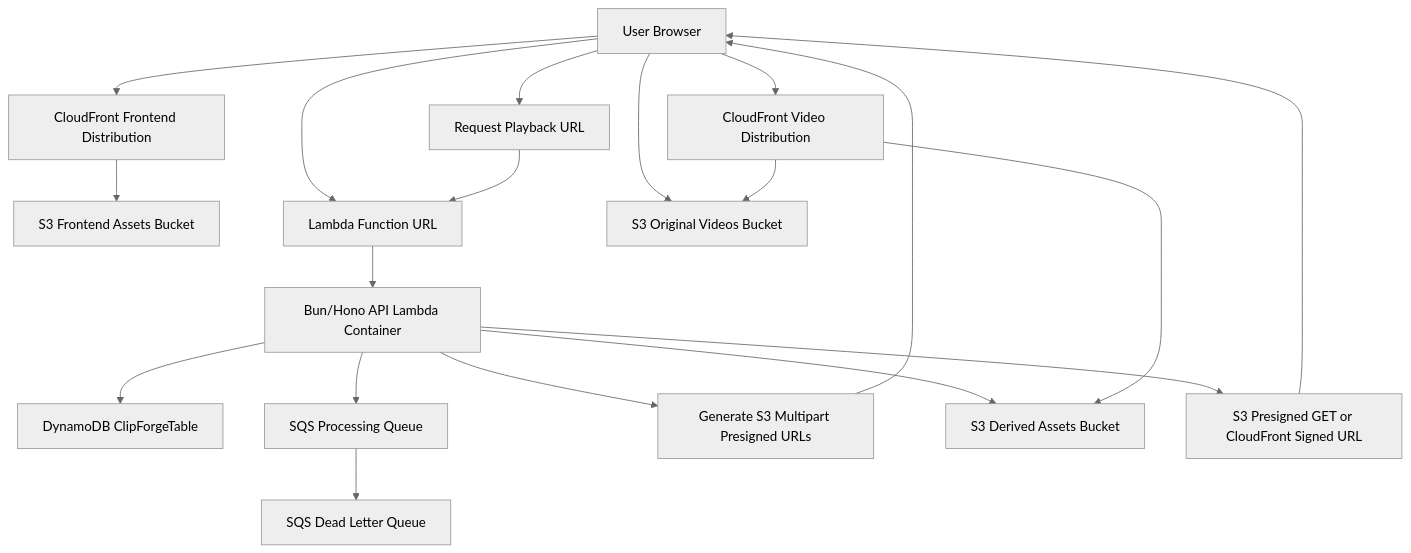
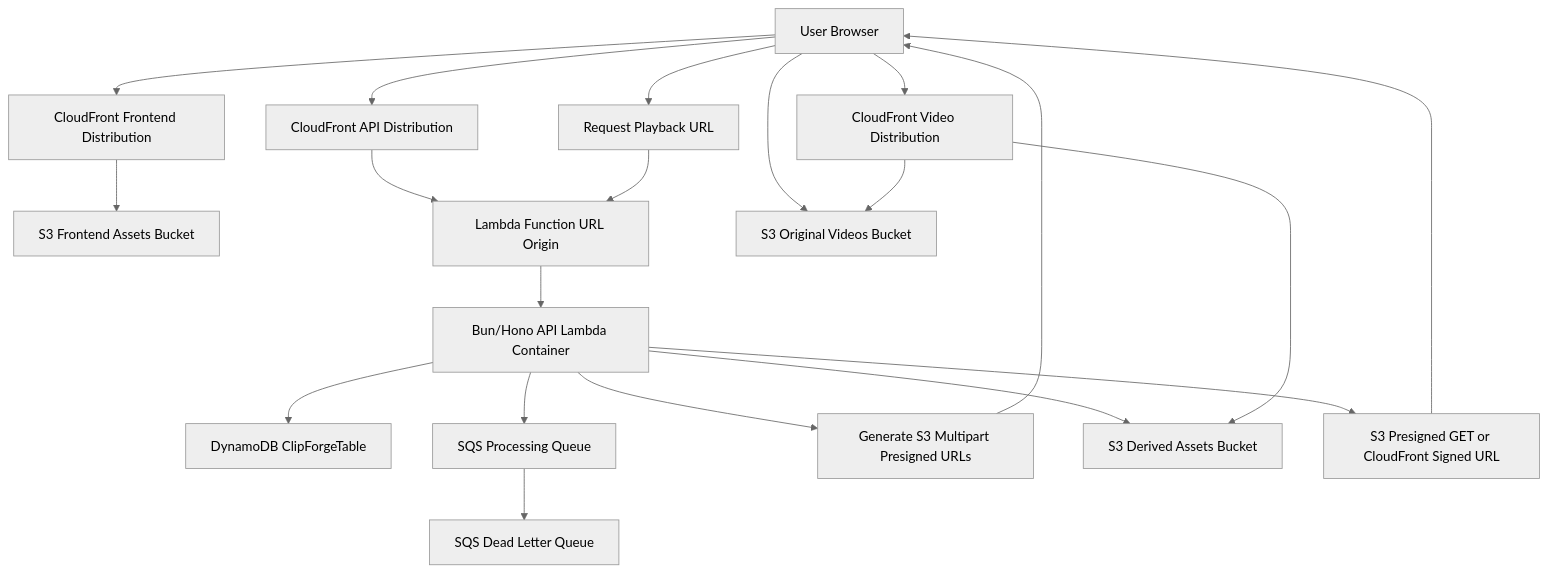
The diagram in docs/AWS_DEPLOYMENT_REPORT.md (bilaljawaid980/cloud-project), drawn with Mermaid (neutral theme) before and after one commit. The commit also changed other lines of this file and 3 other files, not shown here.

````diff
--- a/docs/AWS_DEPLOYMENT_REPORT.md
+++ b/docs/AWS_DEPLOYMENT_REPORT.md
@@ -198,25 +231,26 @@
 ```mermaid
 flowchart TD
   User[User Browser] --> CFWeb[CloudFront Frontend Distribution]
   CFWeb --> WebS3[S3 Frontend Assets Bucket]
 
-  User --> API[Lambda Function URL]
+  User --> APICF[CloudFront API Distribution]
+  APICF --> API[Lambda Function URL Origin]
   API --> Lambda[Bun/Hono API Lambda Container]
   Lambda --> DDB[DynamoDB ClipForgeTable]
   Lambda --> SQS[SQS Processing Queue]
   SQS --> DLQ[SQS Dead Letter Queue]
 
   Lambda --> Presign[Generate S3 Multipart Presigned URLs]
   Presign --> User
   User --> Originals[S3 Original Videos Bucket]
 
   Lambda --> Derived[S3 Derived Assets Bucket]
 
   User --> PlaybackReq[Request Playback URL]
   PlaybackReq --> API
   Lambda --> SignedUrl[S3 Presigned GET or CloudFront Signed URL]
   SignedUrl --> User
   User --> VideoCF[CloudFront Video Distribution]
   VideoCF --> Originals
   VideoCF --> Derived
 ```
````
